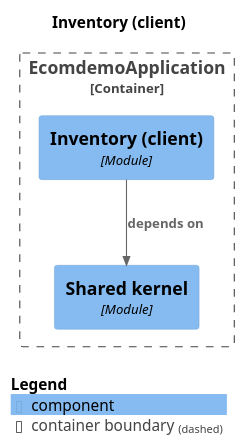
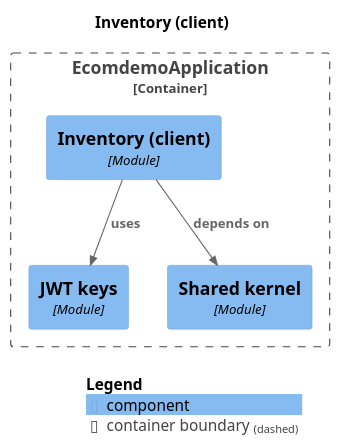
Before and after one commit to mr-sujay-patil/ecomdemo: the diagram in docs/modules/module-inventory.puml, drawn with PlantUML. The commit also changed 10 other files, not shown here.

```diff
--- a/docs/modules/module-inventory.puml
+++ b/docs/modules/module-inventory.puml
@@ -1,19 +1,21 @@
 @startuml
 set separator none
 title Inventory (client)
 
 top to bottom direction
 
 !include <C4/C4>
 !include <C4/C4_Context>
 !include <C4/C4_Component>
 
 Container_Boundary("EcomdemoApplication.EcomdemoApplication_boundary", "EcomdemoApplication", $tags="") {
+  Component(EcomdemoApplication.EcomdemoApplication.JWTkeys, "JWT keys", $techn="Module", $descr="", $tags="", $link="")
   Component(EcomdemoApplication.EcomdemoApplication.Sharedkernel, "Shared kernel", $techn="Module", $descr="", $tags="", $link="")
   Component(EcomdemoApplication.EcomdemoApplication.Inventoryclient, "Inventory (client)", $techn="Module", $descr="", $tags="", $link="")
 }
 
+Rel(EcomdemoApplication.EcomdemoApplication.Inventoryclient, EcomdemoApplication.EcomdemoApplication.JWTkeys, "uses", $techn="", $tags="", $link="")
 Rel(EcomdemoApplication.EcomdemoApplication.Inventoryclient, EcomdemoApplication.EcomdemoApplication.Sharedkernel, "depends on", $techn="", $tags="", $link="")
 
 SHOW_LEGEND(true)
 @enduml
```
